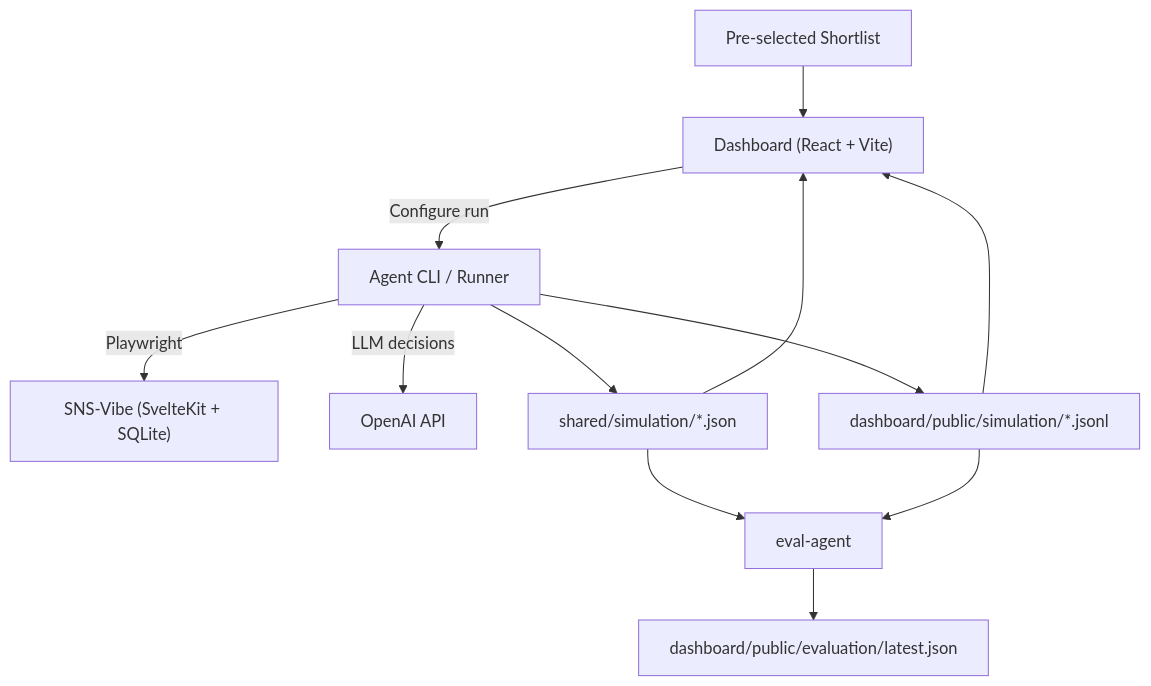
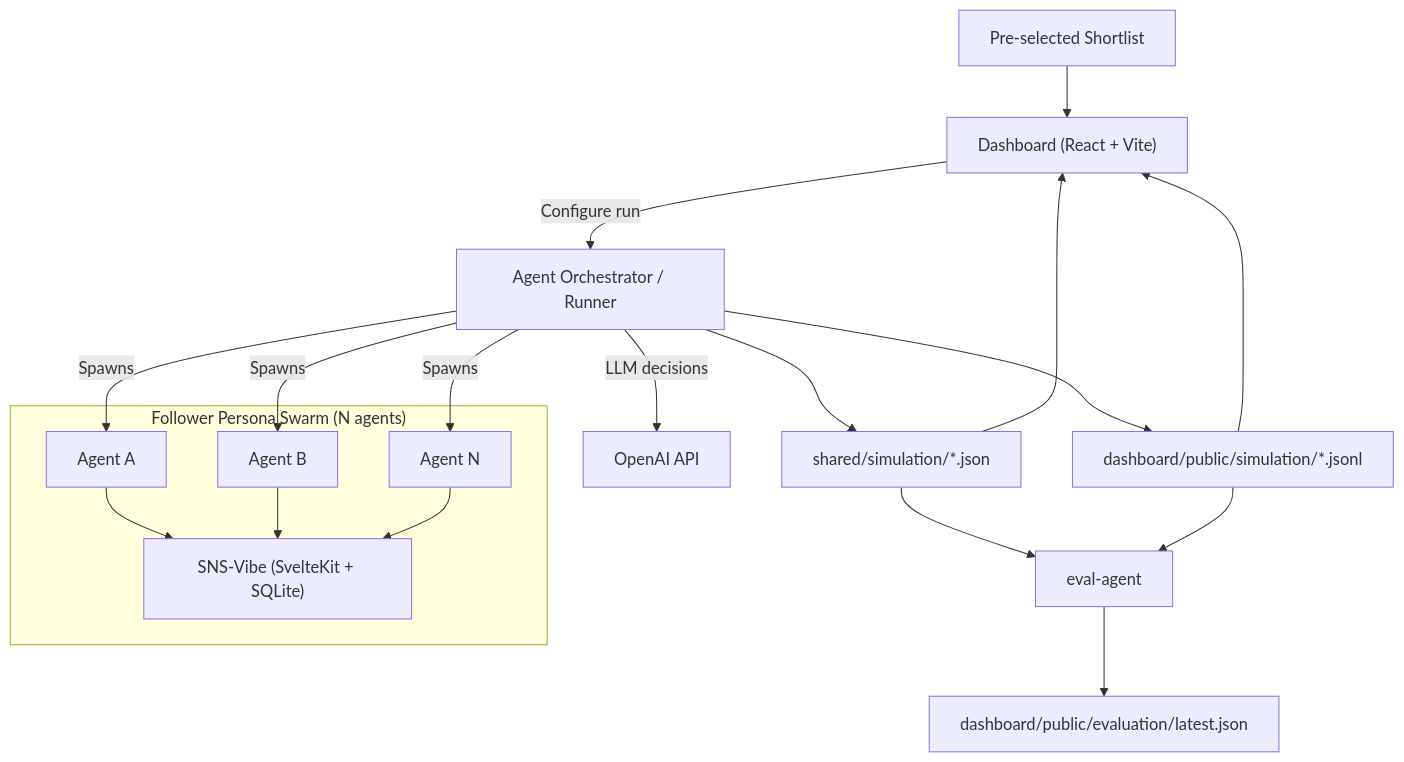
Before and after one commit to gigio1023/AudienceLab: the diagram in README.md, drawn with Mermaid.

Commit message:
Emphasize agent swarm in architecture diagram

````diff
--- a/README.md
+++ b/README.md
@@ -19,14 +19,23 @@
 ```mermaid
 graph TD
     Shortlist[Pre-selected Shortlist] --> Dashboard["Dashboard (React + Vite)"]
-    Dashboard -->|Configure run| AgentCLI["Agent CLI / Runner"]
-    AgentCLI -->|Playwright| SNS["SNS-Vibe (SvelteKit + SQLite)"]
-    AgentCLI -->|LLM decisions| OpenAI["OpenAI API"]
-    AgentCLI --> Shared["shared/simulation/*.json"]
-    AgentCLI --> Logs["dashboard/public/simulation/*.jsonl"]
+    Dashboard -->|Configure run| Orchestrator["Agent Orchestrator / Runner"]
+
+    subgraph Swarm["Follower Persona Swarm (N agents)"]
+        AgentA["Agent A"] --> SNS["SNS-Vibe (SvelteKit + SQLite)"]
+        AgentB["Agent B"] --> SNS
+        AgentN["Agent N"] --> SNS
+    end
+
+    Orchestrator -->|Spawns| AgentA
+    Orchestrator -->|Spawns| AgentB
+    Orchestrator -->|Spawns| AgentN
+    Orchestrator -->|LLM decisions| OpenAI["OpenAI API"]
+    Orchestrator --> Shared["shared/simulation/*.json"]
+    Orchestrator --> Logs["dashboard/public/simulation/*.jsonl"]
     Shared --> Dashboard
     Logs --> Dashboard
     Shared --> Eval["eval-agent"]
     Logs --> Eval
     Eval --> EvalOut["dashboard/public/evaluation/latest.json"]
 ```
````
